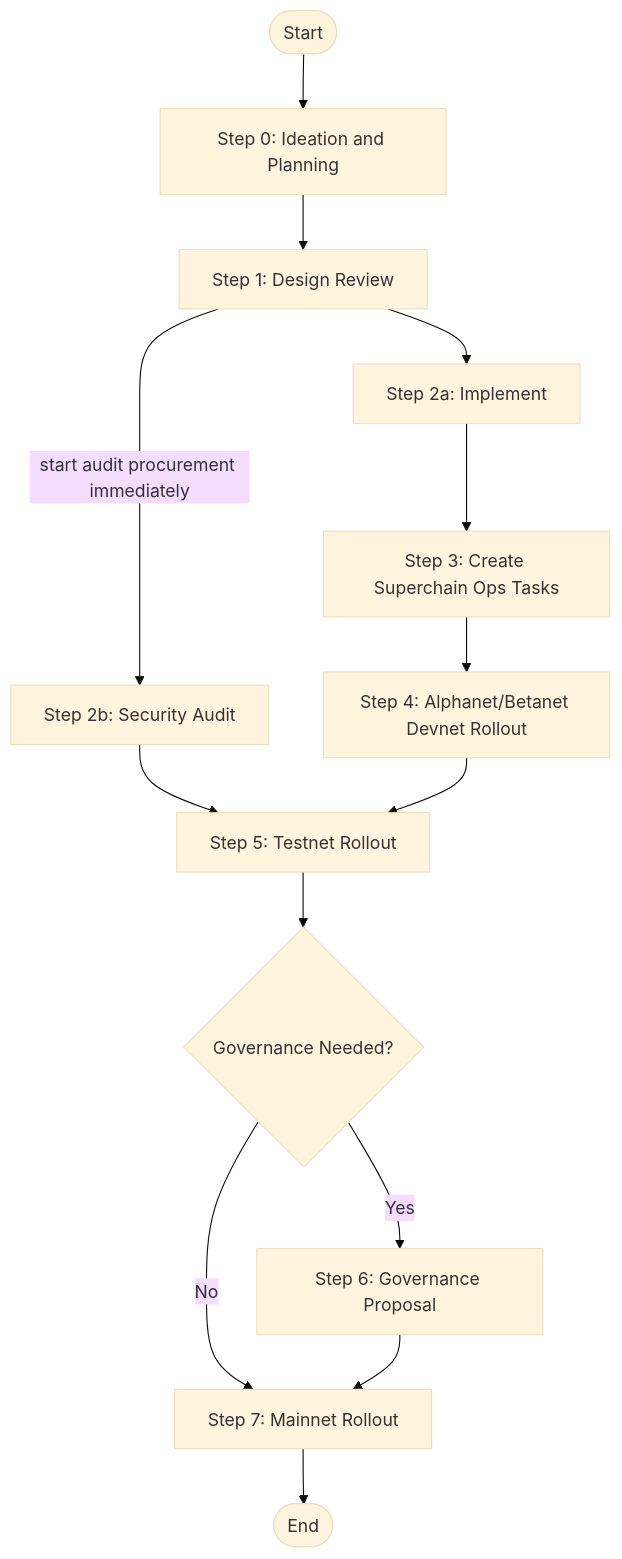
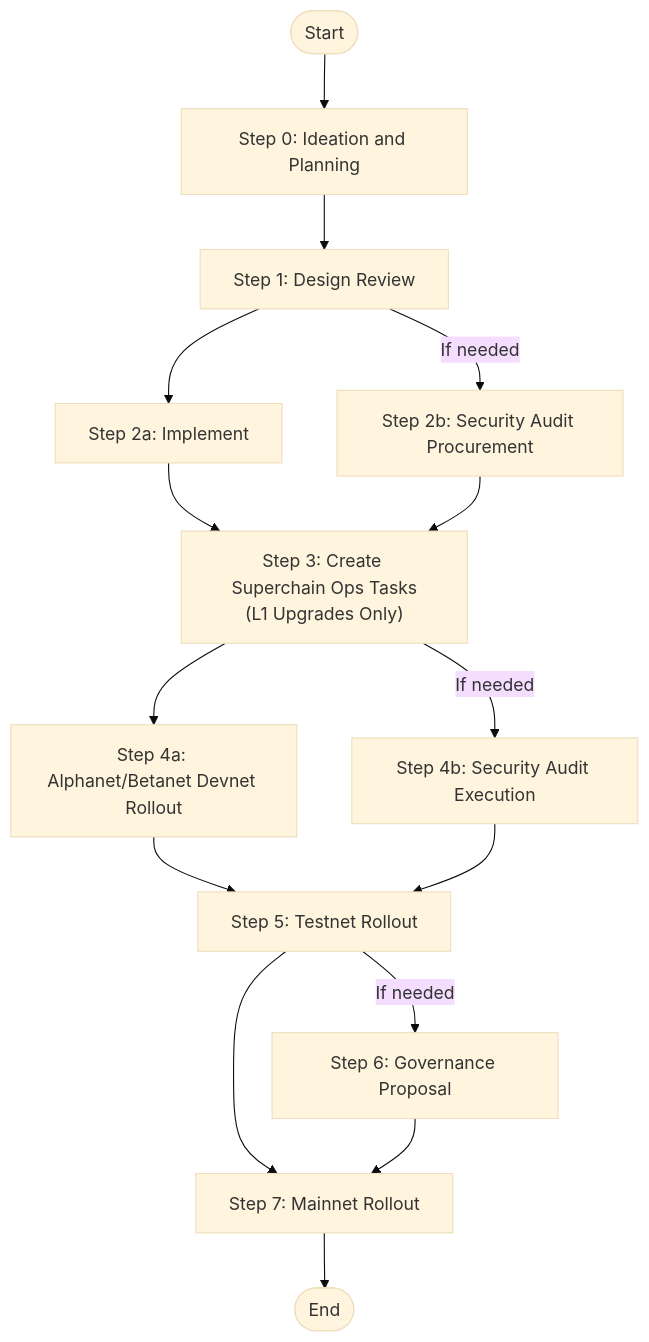
Before and after one commit to ethereum-optimism/pm: the diagram in src/images/sdlc-flowchart.mermaid, drawn with Mermaid (base theme). The commit also changed 2 other files, not shown here.

Commit message:
feat: specify audit procurement and execution in the sdlc

```diff
--- a/src/images/sdlc-flowchart.mermaid
+++ b/src/images/sdlc-flowchart.mermaid
@@ -1,21 +1,20 @@
 flowchart TD
     Start([Start]) --> Step0[Step 0: Ideation and Planning]
     Step0 --> Step1[Step 1: Design Review]
     
     Step1 --> Step2a[Step 2a: Implement]
+    Step1 -->|"If needed"| Step2b[Step 2b: Security Audit Procurement]
+    Step2a --> Step3[Step 3: Create Superchain Ops Tasks]
+    Step2b --> Step3[Step 3: Create Superchain Ops Tasks]
     
-    Step1 -->|"start audit procurement immediately"| Step2b[Step 2b: Security Audit]
-    Step2b --> Step5[Step 5: Testnet Rollout]
+    Step3 --> Step4a[Step 4a: Alphanet/Betanet Devnet Rollout]
+    Step3["Step 3: Create Superchain Ops Tasks<br>(L1 Upgrades Only)"] -->|"If needed"| Step4b[Step 4b: Security Audit Execution]
+    Step4a --> Step5[Step 5: Testnet Rollout]
+    Step4b --> Step5
     
-    Step2a --> Step3[Step 3: Create Superchain Ops Tasks]
-    
-    Step3 --> Step4[Step 4: Alphanet/Betanet Devnet Rollout]
-    Step4 --> Step5[Step 5: Testnet Rollout]
-    
-    Step5 --> GovCheck{Governance Needed?}
-    GovCheck -->|Yes| Step6[Step 6: Governance Proposal]
-    GovCheck -->|No| Step7[Step 7: Mainnet Rollout]
+    Step5 -->|"If needed"| Step6[Step 6: Governance Proposal]
+    Step5 --> Step7[Step 7: Mainnet Rollout]
     
     Step6 --> Step7
     
     Step7 --> End([End])
```
